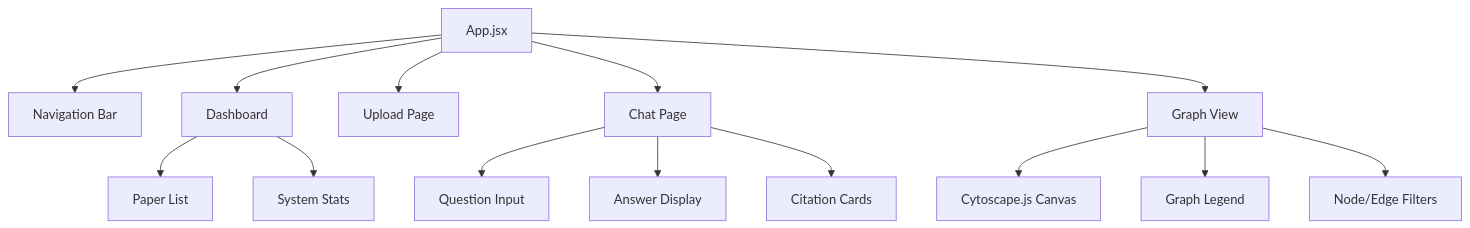
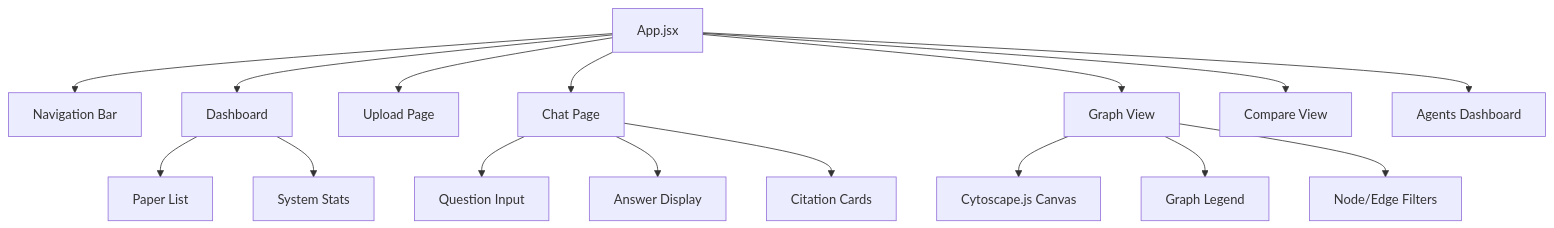
Before and after one commit to suraj-codes-24/Research-Node: the eighth of 9 diagrams in docs/05_system_design_document.md, drawn with Mermaid. The commit also changed other lines of this file and 52 other files, not shown here.

````diff
--- a/docs/05_system_design_document.md
+++ b/docs/05_system_design_document.md
@@ -381,19 +384,21 @@
 ```mermaid
 graph TD
     App["App.jsx"] --> Nav["Navigation Bar"]
     App --> Dash["Dashboard"]
     App --> Upload["Upload Page"]
     App --> Chat["Chat Page"]
     App --> Graph["Graph View"]
+    App --> Compare["Compare View"]
+    App --> Agents["Agents Dashboard"]
 
     Dash --> PaperList["Paper List"]
     Dash --> Stats["System Stats"]
 
     Chat --> Input["Question Input"]
     Chat --> Response["Answer Display"]
     Chat --> Citations["Citation Cards"]
 
     Graph --> Cytoscape["Cytoscape.js Canvas"]
     Graph --> Legend["Graph Legend"]
     Graph --> Filters["Node/Edge Filters"]
 ```
````
